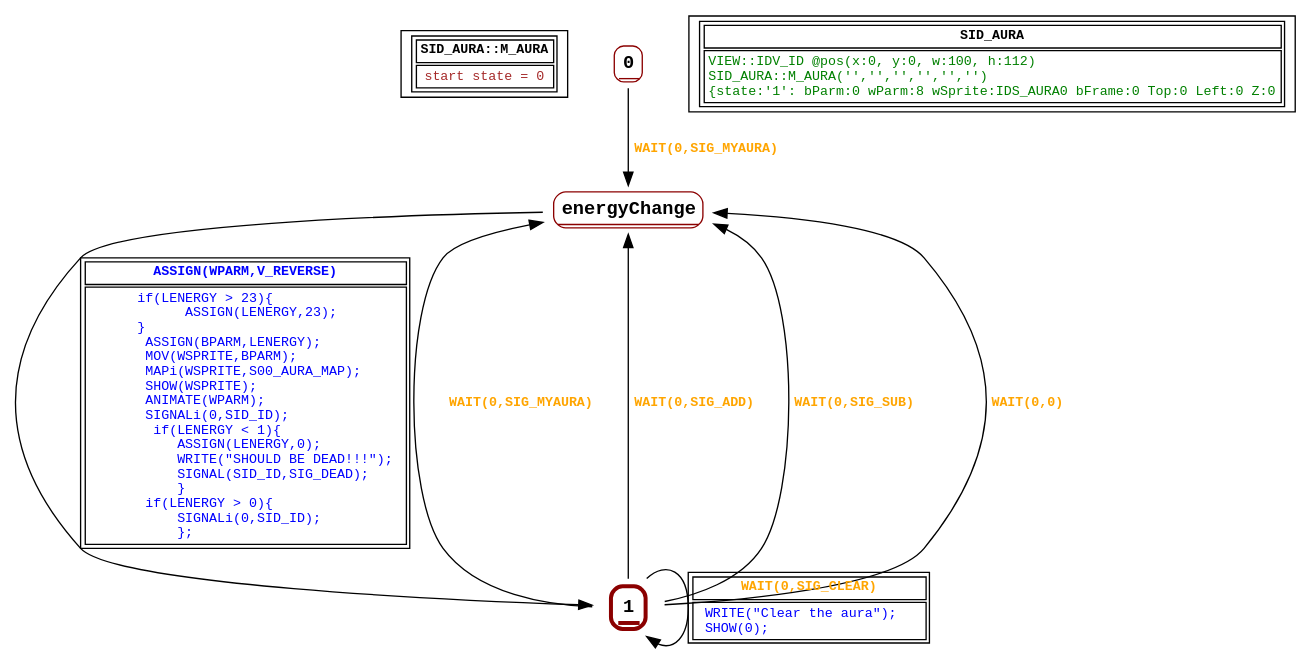
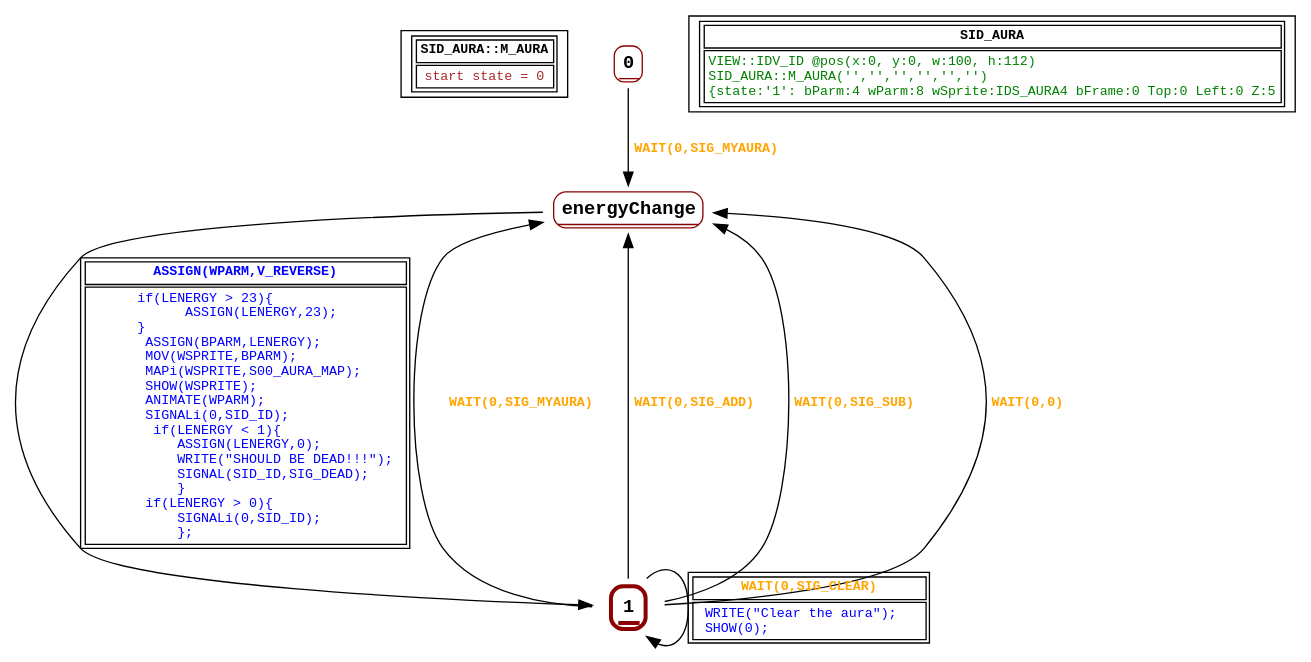
The diagram in graphs/SID_AURA.dot (guy-stewart/AzariaCD), drawn with Graphviz before and after one commit. The commit also changed 24 other files, not shown here.

```diff
--- a/graphs/SID_AURA.dot
+++ b/graphs/SID_AURA.dot
@@ -1,37 +1,37 @@
 digraph Automaton {
  fontname="Courier New"
 	node [shape=oval, fontname="Courier New"];
 	filename[shape = record, fontsize=10, label=< <table border="1"><tr><td><b>SID_AURA::M_AURA<br align="left"/></b></td></tr>
 <tr><td><font point-size="10" color ="brown">start state = 0<br align="left"/></font></td></tr></table>>
 ];
 	0[shape = none, fontsize=14, label=< <table border="1" color="darkred" style="rounded"><tr><td sides="b"><b>0<br align="left"/></b></td></tr>
 </table>>];
 "0" -> "energyChange" [fontcolor=orange,fontsize=10,fontname="Courier New", label=< <table border="0"><tr><td><b>WAIT(0,SIG_MYAURA)<br align="left"/></b></td></tr>
 </table>>
 ];
 	1[shape = none, fontsize=14, label=< <table border="3" color="darkred" style="rounded"><tr><td sides="b"><b>1<br align="left"/></b></td></tr>
 </table>>];
 "1" -> "energyChange" [fontcolor=orange,fontsize=10,fontname="Courier New", label=< <table border="0"><tr><td><b>WAIT(0,SIG_MYAURA)<br align="left"/></b></td></tr>
 </table>>
 ];
 "1" -> "energyChange" [fontcolor=orange,fontsize=10,fontname="Courier New", label=< <table border="0"><tr><td><b>WAIT(0,SIG_ADD)<br align="left"/></b></td></tr>
 </table>>
 ];
 "1" -> "energyChange" [fontcolor=orange,fontsize=10,fontname="Courier New", label=< <table border="0"><tr><td><b>WAIT(0,SIG_SUB)<br align="left"/></b></td></tr>
 </table>>
 ];
 "1" -> "1" [fontcolor=orange,fontsize=10,fontname="Courier New", label=< <table border="1"><tr><td><b>WAIT(0,SIG_CLEAR)<br align="left"/></b></td></tr>
 <tr><td><font point-size="10" color ="blue">  WRITE(&quot;Clear the aura&quot;);  <br align="left"/>  SHOW(0);<br align="left"/></font></td></tr></table>>
 ];
 "1" -> "energyChange" [fontcolor=orange,fontsize=10,fontname="Courier New", label=< <table border="0"><tr><td><b>WAIT(0,0)<br align="left"/></b></td></tr>
 </table>>
 ];
 	energyChange[shape = none, fontsize=14, label=< <table border="1" color="darkred" style="rounded"><tr><td sides="b"><b>energyChange<br align="left"/></b></td></tr>
 </table>>];
 "energyChange" -> "1" [fontcolor=blue,fontsize=10,fontname="Courier New", label=< <table border="1"><tr><td><b>ASSIGN(WPARM,V_REVERSE)<br align="left"/></b></td></tr>
 <tr><td><font point-size="10" color ="blue">       if(LENERGY &gt; 23)&#123;<br align="left"/>             ASSIGN(LENERGY,23);<br align="left"/>       &#125;<br align="left"/>        ASSIGN(BPARM,LENERGY);<br align="left"/>        MOV(WSPRITE,BPARM);<br align="left"/>        MAPi(WSPRITE,S00_AURA_MAP);<br align="left"/>        SHOW(WSPRITE);<br align="left"/>        ANIMATE(WPARM);<br align="left"/>        SIGNALi(0,SID_ID);<br align="left"/>         if(LENERGY &lt; 1)&#123;<br align="left"/>            ASSIGN(LENERGY,0);<br align="left"/>            WRITE(&quot;SHOULD BE DEAD!!!&quot;);<br align="left"/>            SIGNAL(SID_ID,SIG_DEAD);<br align="left"/>            &#125;<br align="left"/>        if(LENERGY &gt; 0)&#123;<br align="left"/>            SIGNALi(0,SID_ID);<br align="left"/>            &#125;;  <br align="left"/></font></td></tr></table>>
 ];
 	status[shape = record, fontsize=10, label=< <table border="1"><tr><td><b>SID_AURA<br align="left"/></b></td></tr>
-<tr><td><font point-size="10" color ="green">VIEW::IDV_ID @pos(x:0, y:0, w:100, h:112)<br align="left"/>SID_AURA::M_AURA(&apos;&apos;,&apos;&apos;,&apos;&apos;,&apos;&apos;,&apos;&apos;,&apos;&apos;)<br align="left"/>			&#123;state:&apos;1&apos;: bParm:0 wParm:8 wSprite:IDS_AURA0 bFrame:0 Top:0 Left:0 Z:0<br align="left"/></font></td></tr></table>>
+<tr><td><font point-size="10" color ="green">VIEW::IDV_ID @pos(x:0, y:0, w:100, h:112)<br align="left"/>SID_AURA::M_AURA(&apos;&apos;,&apos;&apos;,&apos;&apos;,&apos;&apos;,&apos;&apos;,&apos;&apos;)<br align="left"/>			&#123;state:&apos;1&apos;: bParm:4 wParm:8 wSprite:IDS_AURA4 bFrame:0 Top:0 Left:0 Z:5<br align="left"/></font></td></tr></table>>
 ];
 }
```
